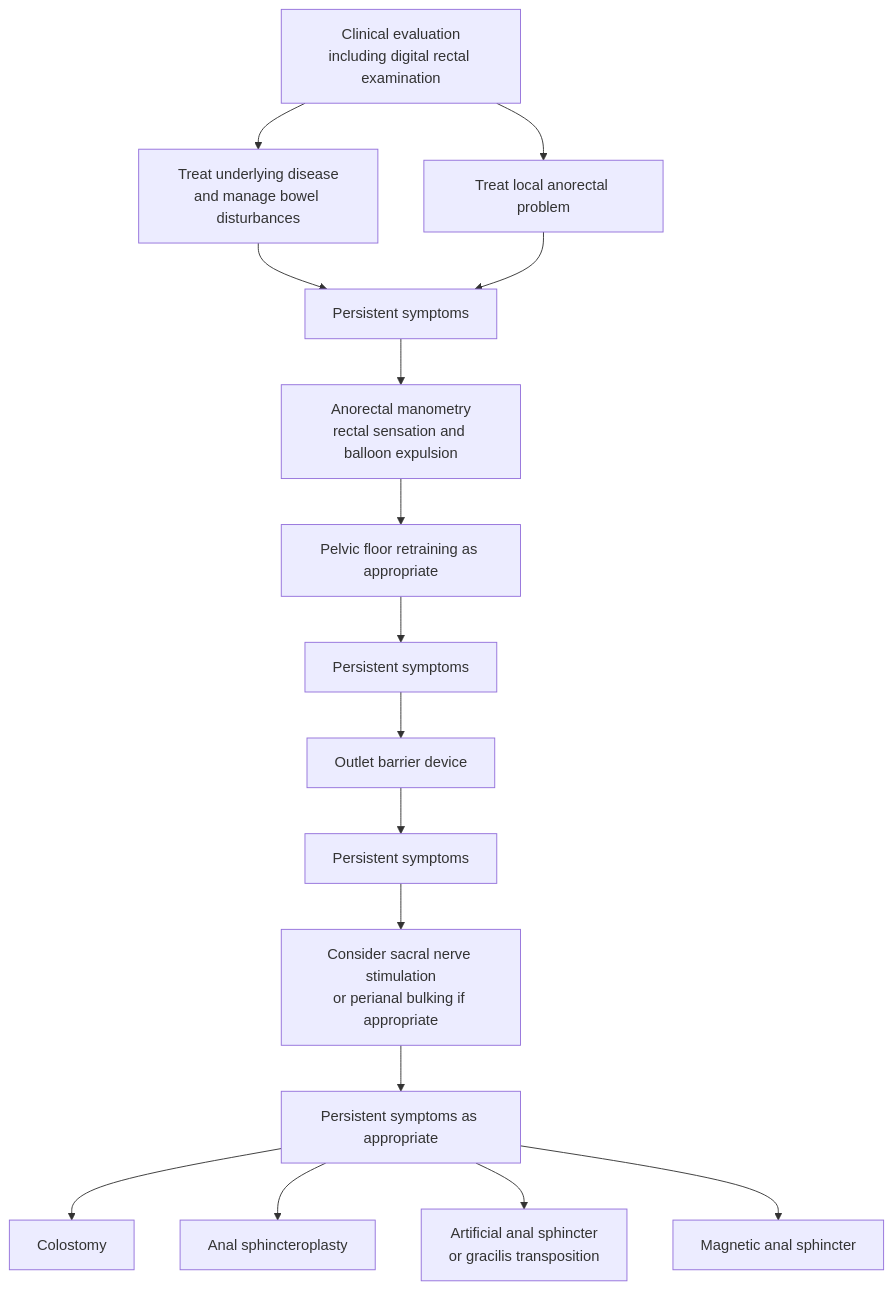
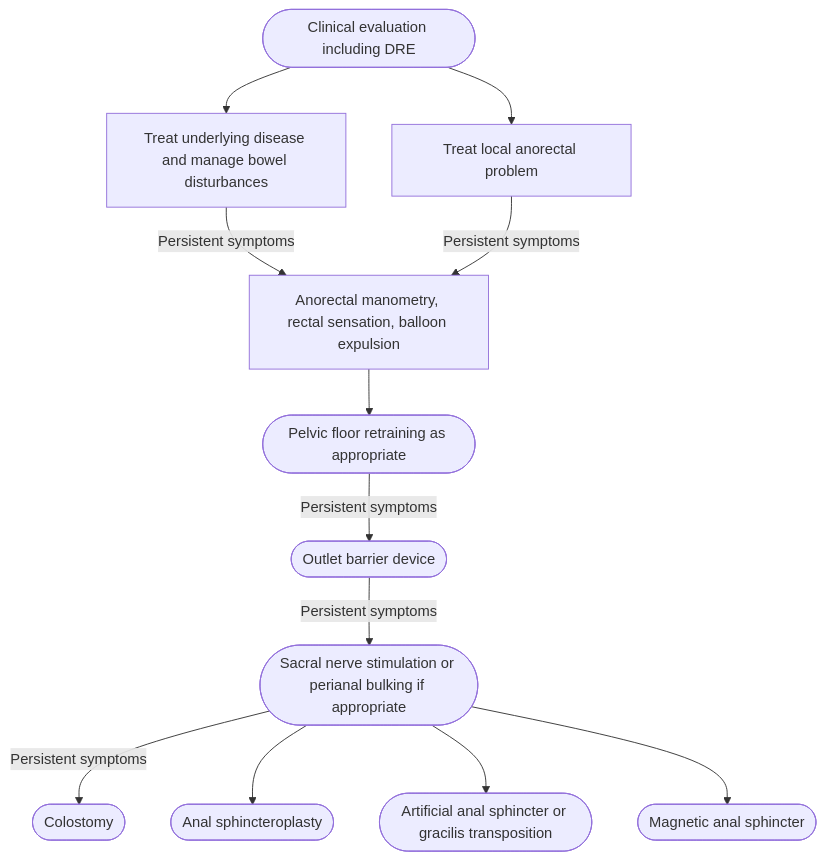
Before and after one commit to KHNickLeMD/KHNL-GI-Wiki: the diagram in KHNL-GI-Wiki/wiki/1-disease-scripts/colorectal-diseases/functional-motility/fecal-incontinence.md, drawn with Mermaid. The commit also changed other lines of this file and 11 other files, not shown here.

````diff
--- a/KHNL-GI-Wiki/wiki/1-disease-scripts/colorectal-diseases/functional-motility/fecal-incontinence.md
+++ b/KHNL-GI-Wiki/wiki/1-disease-scripts/colorectal-diseases/functional-motility/fecal-incontinence.md
@@ -107,18 +145,17 @@
 ```mermaid
 flowchart TD
-    A["Clinical evaluation<br/>including digital rectal examination"] --> B["Treat underlying disease<br/>and manage bowel disturbances"]
+    A(["Clinical evaluation including DRE"]) --> B["Treat underlying disease and manage bowel disturbances"]
     A --> C["Treat local anorectal problem"]
-    B --> D["Persistent symptoms"]
-    C --> D
-    D --> E["Anorectal manometry<br/>rectal sensation and balloon expulsion"]
-    E --> F["Pelvic floor retraining as appropriate"]
-    F --> G["Persistent symptoms"]
-    G --> H["Outlet barrier device"]
-    H --> I["Persistent symptoms"]
-    I --> J["Consider sacral nerve stimulation<br/>or perianal bulking if appropriate"]
-    J --> K["Persistent symptoms as appropriate"]
-    K --> L["Colostomy"]
-    K --> M["Anal sphincteroplasty"]
-    K --> N["Artificial anal sphincter<br/>or gracilis transposition"]
-    K --> O["Magnetic anal sphincter"]
+    B -- "Persistent symptoms" --> D["Anorectal manometry, rectal sensation, balloon expulsion"]
+    C -- "Persistent symptoms" --> D
+    D --> E(["Pelvic floor retraining as appropriate"])
+    E -- "Persistent symptoms" --> F(["Outlet barrier device"])
+    F -- "Persistent symptoms" --> G(["Sacral nerve stimulation or perianal bulking if appropriate"])
+    G -- "Persistent symptoms" --> H(["Colostomy"])
+    G --> I(["Anal sphincteroplasty"])
+    G --> J(["Artificial anal sphincter or gracilis transposition"])
+    G --> K(["Magnetic anal sphincter"])
+    class A start
+    class B,C,D test
+    class E,F,G,H,I,J,K act
 ```
````
